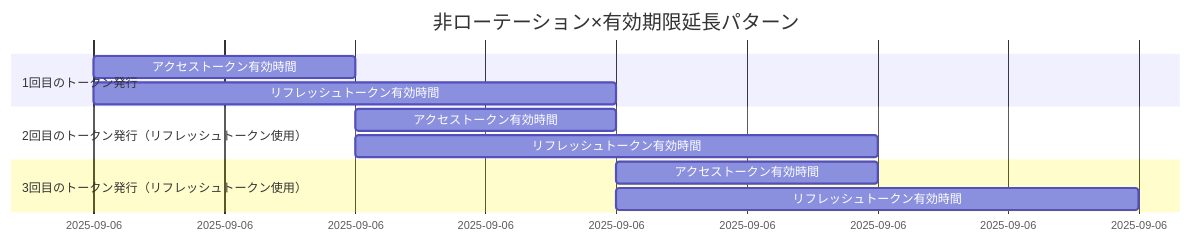
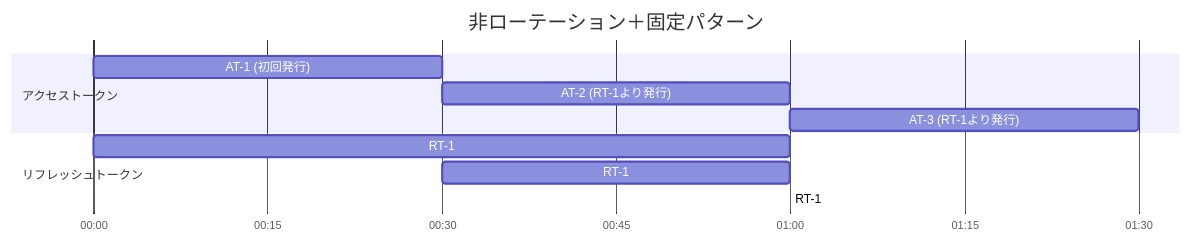
One commit to hirokazu-kobayashi-koba-hiro/idp-server changed the third of 4 diagrams in documentation/i18n/ja/docusaurus-plugin-content-docs/current/content_05_how-to/token-strategy.md. Above: the diagram before and after it, drawn with Mermaid. The commit also changed other lines of this file, not shown here.

````diff
--- a/documentation/i18n/ja/docusaurus-plugin-content-docs/current/content_05_how-to/token-strategy.md
+++ b/documentation/i18n/ja/docusaurus-plugin-content-docs/current/content_05_how-to/token-strategy.md
@@ -72,14 +75,14 @@
 ```mermaid
 gantt
-    title 非ローテーション×有効期限延長パターン
+    title 非ローテーション＋固定パターン
     dateFormat HH:mm
-    section 1回目のトークン発行
-        アクセストークン有効時間: a1, 00:00, 30m
-        リフレッシュトークン有効時間: token, 00:00, 60m
-    section 2回目のトークン発行（リフレッシュトークン使用）
-        アクセストークン有効時間: b1, 00:30, 30m
-        リフレッシュトークン有効時間: token, 00:30, 60m
-    section 3回目のトークン発行（リフレッシュトークン使用）
-        アクセストークン有効時間: c1, 01:00, 30m
-        リフレッシュトークン有効時間: token, 01:00, 60m
+    axisFormat %H:%M
+    section アクセストークン
+        AT-1 (初回発行): a1, 00:00, 30m
+        AT-2 (RT-1より発行): a2, 00:30, 30m
+        AT-3 (RT-1より発行): a3, 01:00, 30m
+    section リフレッシュトークン
+        RT-1: r1, 00:00, 60m
+        RT-1: r2, 00:30, 30m
+        RT-1: r3, 01:00, 00m
 ```
````
